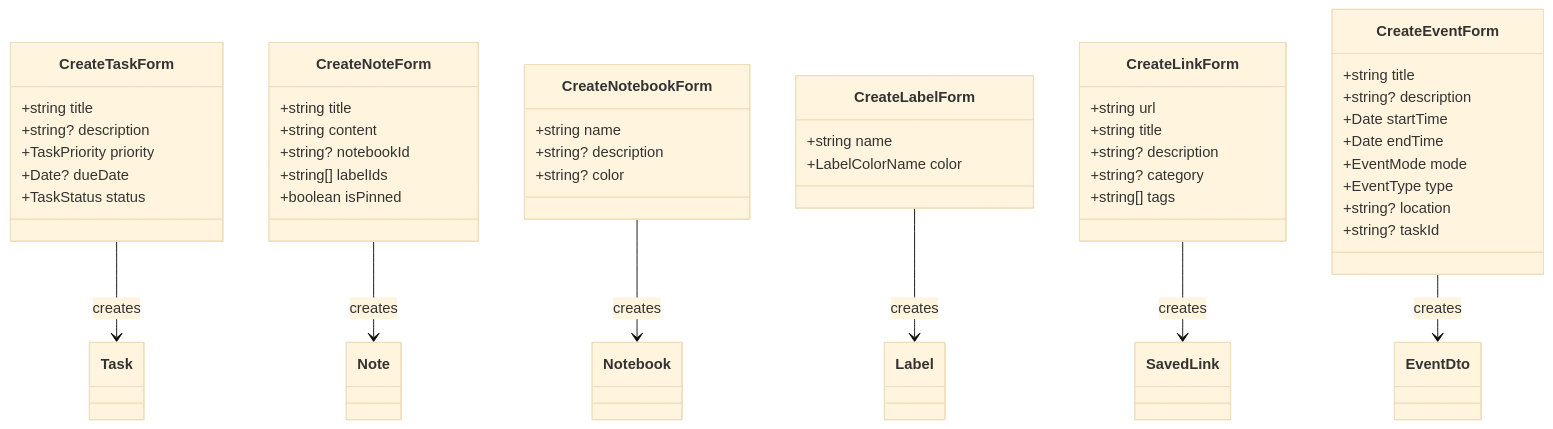
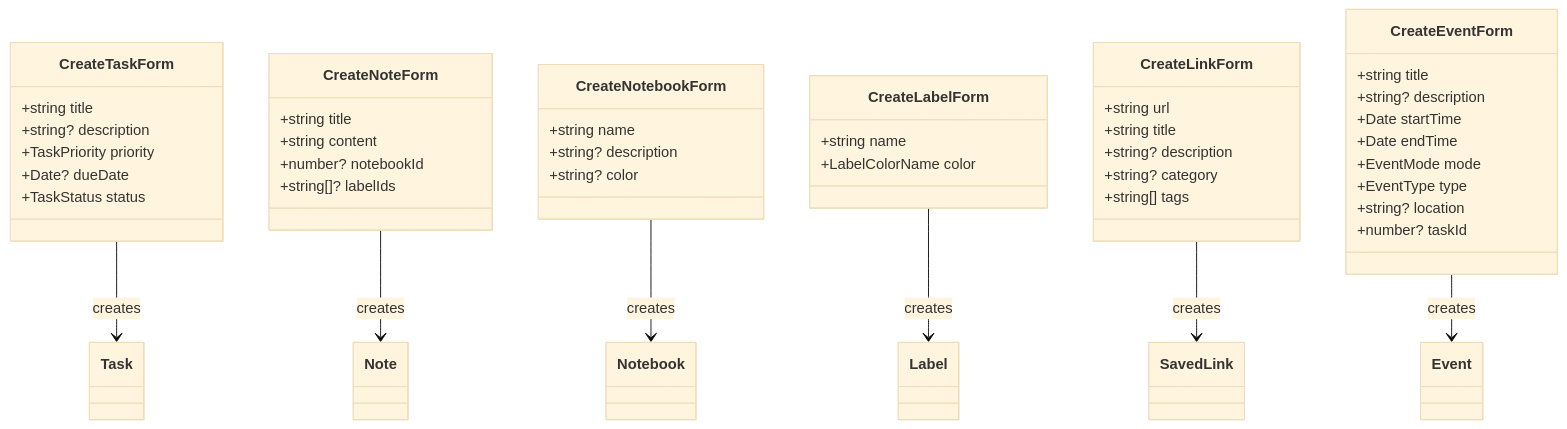
Before and after one commit to Landrytido/MWC-frontend: the fifth of 5 diagrams in docs/uml/class-diagram.md, drawn with Mermaid (base theme). The commit also changed other lines of this file and 2 other files, not shown here.

Commit message:
refactor: mettre à jour les diagrammes UML pour refléter les changements de types et de routes

````diff
--- a/docs/uml/class-diagram.md
+++ b/docs/uml/class-diagram.md
@@ -436,55 +431,54 @@
 ```mermaid
 classDiagram
     class CreateTaskForm {
         +string title
         +string? description
         +TaskPriority priority
         +Date? dueDate
         +TaskStatus status
     }
 
     class CreateNoteForm {
         +string title
         +string content
-        +string? notebookId
-        +string[] labelIds
-        +boolean isPinned
+        +number? notebookId
+        +string[]? labelIds
     }
 
     class CreateNotebookForm {
         +string name
         +string? description
         +string? color
     }
 
     class CreateLabelForm {
         +string name
         +LabelColorName color
     }
 
     class CreateLinkForm {
         +string url
         +string title
         +string? description
         +string? category
         +string[] tags
     }
 
     class CreateEventForm {
         +string title
         +string? description
         +Date startTime
         +Date endTime
         +EventMode mode
         +EventType type
         +string? location
-        +string? taskId
+        +number? taskId
     }
 
     CreateTaskForm --> Task : creates
     CreateNoteForm --> Note : creates
     CreateNotebookForm --> Notebook : creates
     CreateLabelForm --> Label : creates
     CreateLinkForm --> SavedLink : creates
-    CreateEventForm --> EventDto : creates
+    CreateEventForm --> Event : creates
 ```
````
